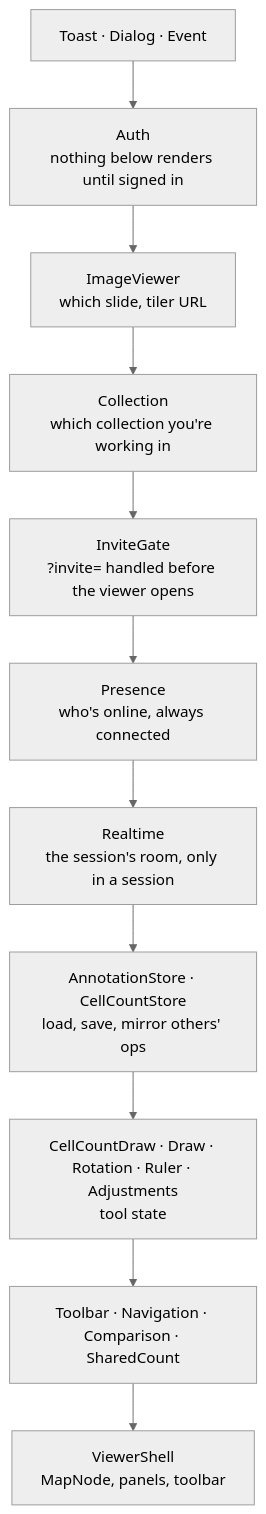
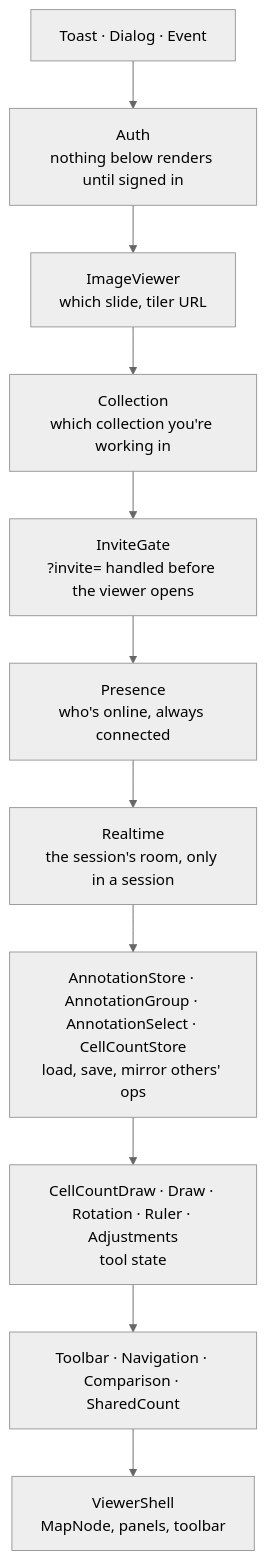
Before and after one commit to ewanhmack05/Diss-Project: the second of 6 diagrams in docs/breakdown/image-viewer.md, drawn with Mermaid (neutral theme). The commit also changed other lines of this file and 73 other files, not shown here.

First line of the commit message:
Collections tab, select tab and annotation groups (#9)

````diff
--- a/docs/breakdown/image-viewer.md
+++ b/docs/breakdown/image-viewer.md
@@ -107,13 +108,13 @@
 ```mermaid
 flowchart TD
   T["Toast · Dialog · Event"] --> A["Auth<br/>nothing below renders until signed in"]
   A --> I["ImageViewer<br/>which slide, tiler URL"]
   I --> C["Collection<br/>which collection you're working in"]
   C --> G["InviteGate<br/>?invite= handled before the viewer opens"]
   G --> P["Presence<br/>who's online, always connected"]
   P --> R["Realtime<br/>the session's room, only in a session"]
-  R --> S["AnnotationStore · CellCountStore<br/>load, save, mirror others' ops"]
+  R --> S["AnnotationStore · AnnotationGroup · AnnotationSelect · CellCountStore<br/>load, save, mirror others' ops"]
   S --> D["CellCountDraw · Draw · Rotation · Ruler · Adjustments<br/>tool state"]
   D --> N["Toolbar · Navigation · Comparison · SharedCount"]
   N --> V["ViewerShell<br/>MapNode, panels, toolbar"]
 ```
````
